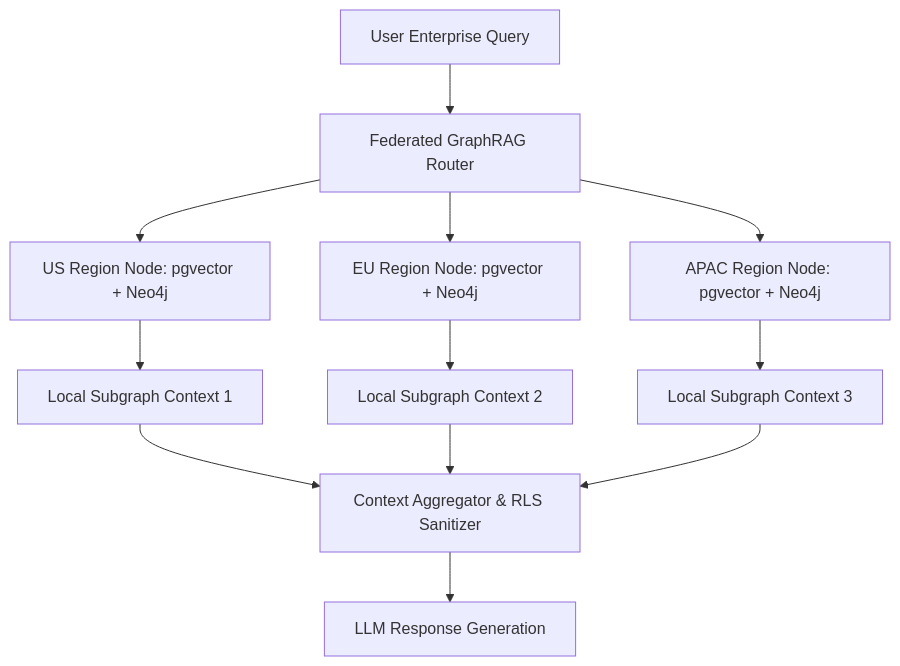
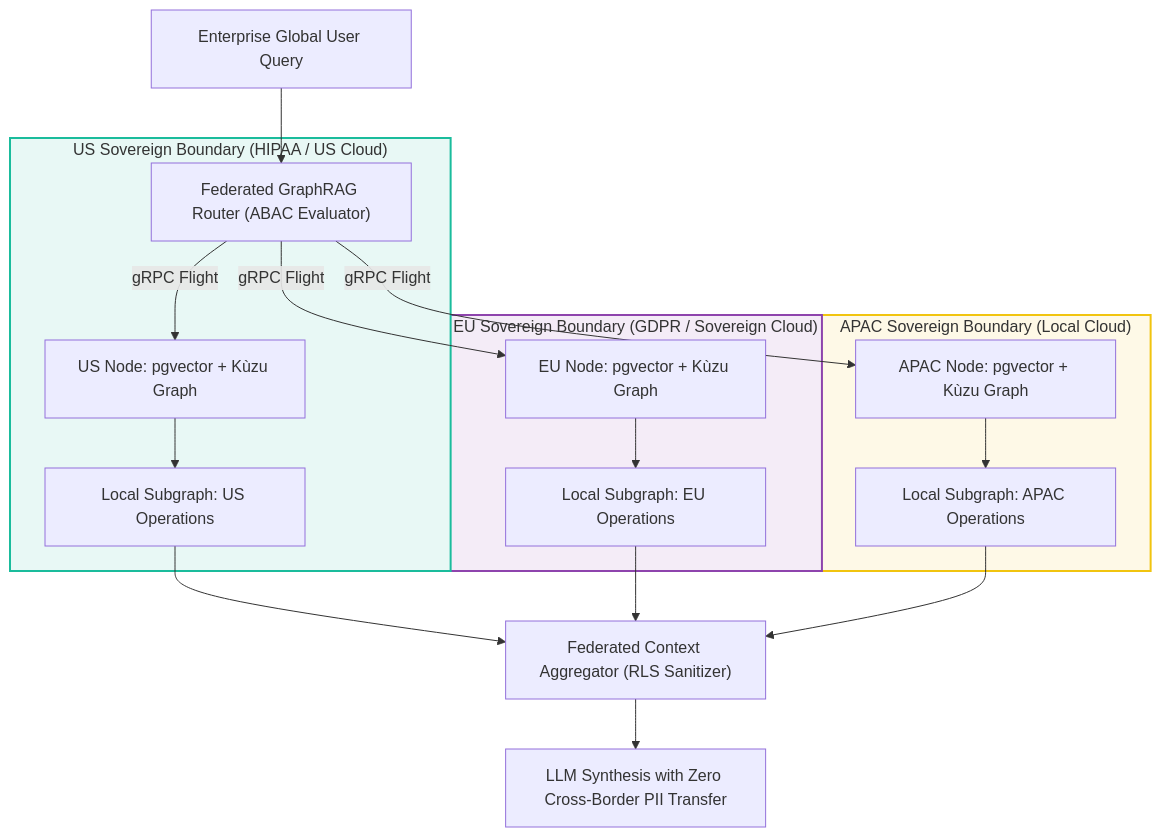
Before and after one commit to vesviet/vesviet: the second of 2 diagrams in content/series/ai-data-engineering-pipeline/part-4-streaming-cdc-federated-rag.md, drawn with Mermaid. The commit also changed other lines of this file and 67 other files, not shown here.

````diff
--- a/content/series/ai-data-engineering-pipeline/part-4-streaming-cdc-federated-rag.md
+++ b/content/series/ai-data-engineering-pipeline/part-4-streaming-cdc-federated-rag.md
@@ -235,18 +346,29 @@
 ```mermaid
 graph TD
-    UserQuery["User Enterprise Query"] --> FederatedRouter["Federated GraphRAG Router"]
+    UserQuery["Enterprise Global User Query"] --> FedRouter["Federated GraphRAG Router (ABAC Evaluator)"]
     
-    FederatedRouter --> Regional1["US Region Node: pgvector + Neo4j"]
-    FederatedRouter --> Regional2["EU Region Node: pgvector + Neo4j"]
-    FederatedRouter --> Regional3["APAC Region Node: pgvector + Neo4j"]
+    subgraph SovereignUS ["US Sovereign Boundary (HIPAA / US Cloud)"]
+        FedRouter -->|gRPC Flight| US_Node["US Node: pgvector + Kùzu Graph"]
+        US_Node --> US_SubGraph["Local Subgraph: US Operations"]
+    end
 
-    Regional1 --> SubResult1["Local Subgraph Context 1"]
-    Regional2 --> SubResult2["Local Subgraph Context 2"]
-    Regional3 --> SubResult3["Local Subgraph Context 3"]
+    subgraph SovereignEU ["EU Sovereign Boundary (GDPR / Sovereign Cloud)"]
+        FedRouter -->|gRPC Flight| EU_Node["EU Node: pgvector + Kùzu Graph"]
+        EU_Node --> EU_SubGraph["Local Subgraph: EU Operations"]
+    end
 
-    SubResult1 --> Aggregator["Context Aggregator & RLS Sanitizer"]
-    SubResult2 --> Aggregator
-    SubResult3 --> Aggregator
+    subgraph SovereignAPAC ["APAC Sovereign Boundary (Local Cloud)"]
+        FedRouter -->|gRPC Flight| APAC_Node["APAC Node: pgvector + Kùzu Graph"]
+        APAC_Node --> APAC_SubGraph["Local Subgraph: APAC Operations"]
+    end
 
-    Aggregator --> FinalLLM["LLM Response Generation"]
+    US_SubGraph --> Aggregator["Federated Context Aggregator (RLS Sanitizer)"]
+    EU_SubGraph --> Aggregator
+    APAC_SubGraph --> Aggregator
+
+    Aggregator --> LLM["LLM Synthesis with Zero Cross-Border PII Transfer"]
+
+    style SovereignUS fill:#e8f8f5,stroke:#1abc9c,stroke-width:2px
+    style SovereignEU fill:#f4ecf7,stroke:#8e44ad,stroke-width:2px
+    style SovereignAPAC fill:#fef9e7,stroke:#f1c40f,stroke-width:2px
 ```
````
